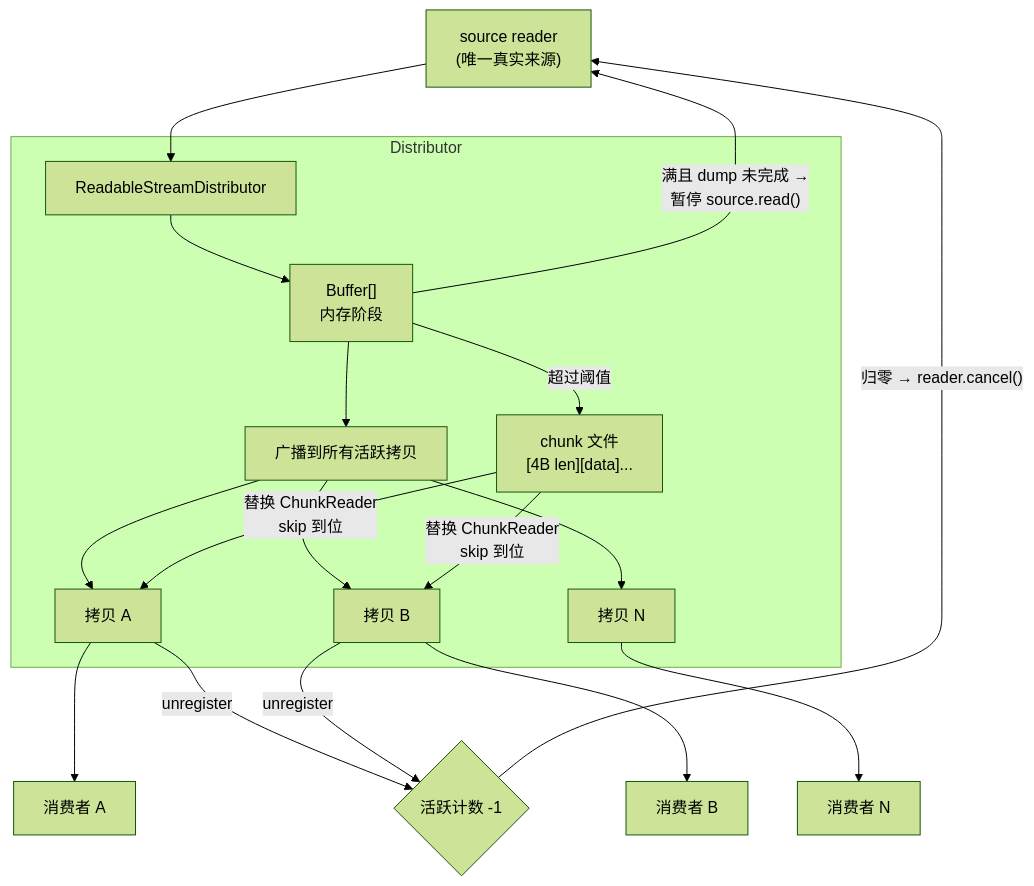
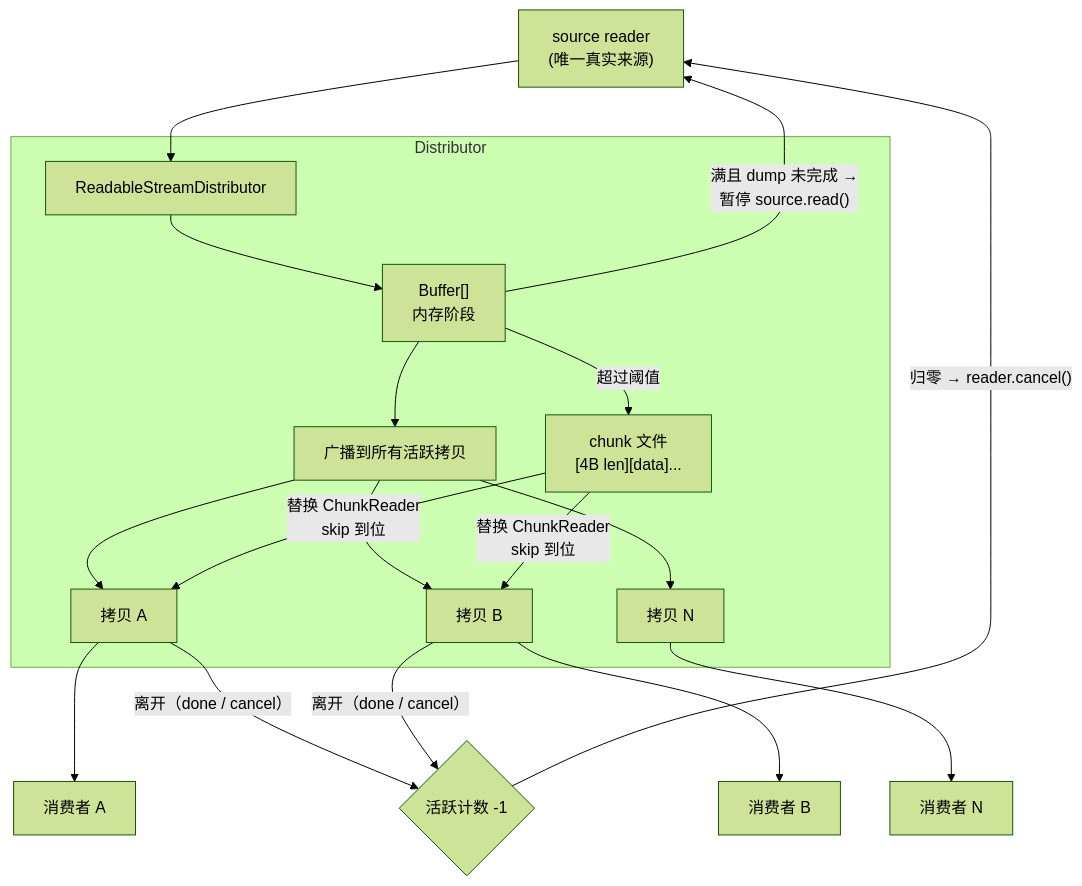
The first of 5 diagrams in DESIGN.md (produck/node-readable-stream-distributor), drawn with Mermaid (forest theme) before and after one commit. The commit also changed other lines of this file and 2 other files, not shown here.

````diff
--- a/DESIGN.md
+++ b/DESIGN.md
@@ -86,25 +77,25 @@
 ```mermaid
 graph TD
     SOURCE["source reader<br/>(唯一真实来源)"] --> DIST[ReadableStreamDistributor]
 
     subgraph Distributor
         DIST --> BUFFER["Buffer[]<br/>内存阶段"]
         BUFFER --> BROADCAST["广播到所有活跃拷贝"]
         BROADCAST --> COPY_A["拷贝 A"]
         BROADCAST --> COPY_B["拷贝 B"]
         BROADCAST --> COPY_N["拷贝 N"]
 
         BUFFER -- "超过阈值" --> FILE["chunk 文件<br/>[4B len][data]..."]
         FILE -- "替换 ChunkReader<br/>skip 到位" --> COPY_A
         FILE -- "替换 ChunkReader<br/>skip 到位" --> COPY_B
     end
 
     COPY_A --> CONSUMER_A["消费者 A"]
     COPY_B --> CONSUMER_B["消费者 B"]
     COPY_N --> CONSUMER_N["消费者 N"]
 
     BUFFER -- "满且 dump 未完成 →<br/>暂停 source.read()" --> SOURCE
-    COPY_A -- "unregister" --> COUNTER{"活跃计数 -1"}
-    COPY_B -- "unregister" --> COUNTER
+    COPY_A -- "离开（done / cancel）" --> COUNTER{"活跃计数 -1"}
+    COPY_B -- "离开（done / cancel）" --> COUNTER
     COUNTER -- "归零 → reader.cancel()" --> SOURCE
 ```
````
